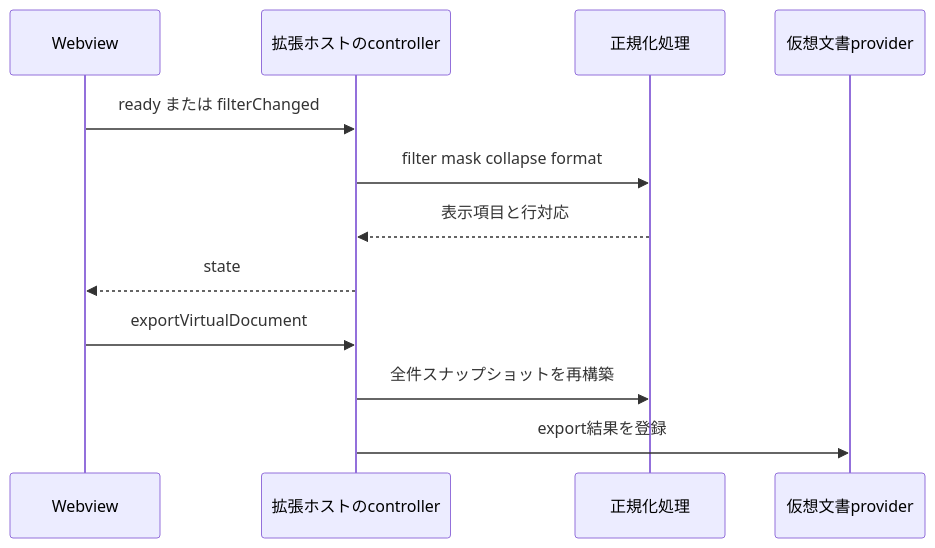
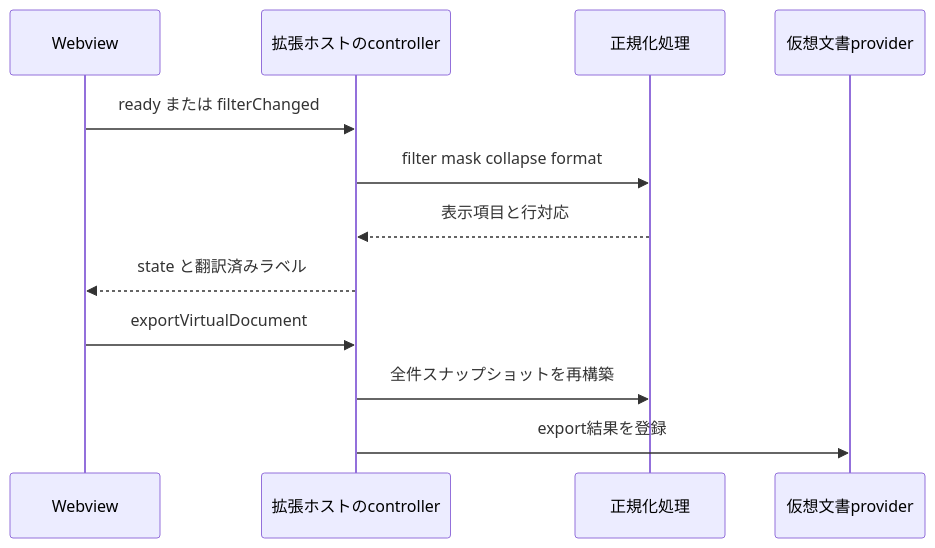
The second of 2 diagrams in openwiki/architecture/overview.md (upu/Totonoe-Log), drawn with Mermaid before and after one commit. The commit also changed other lines of this file and 3 other files, not shown here.

````diff
--- a/openwiki/architecture/overview.md
+++ b/openwiki/architecture/overview.md
@@ -64,14 +64,14 @@
 ```mermaid
 sequenceDiagram
   participant WV as Webview
   participant CT as 拡張ホストのcontroller
   participant NM as 正規化処理
   participant VP as 仮想文書provider
   WV->>CT: ready または filterChanged
   CT->>NM: filter mask collapse format
   NM-->>CT: 表示項目と行対応
-  CT-->>WV: state
+  CT-->>WV: state と翻訳済みラベル
   WV->>CT: exportVirtualDocument
   CT->>NM: 全件スナップショットを再構築
   CT->>VP: export結果を登録
 ```
````
